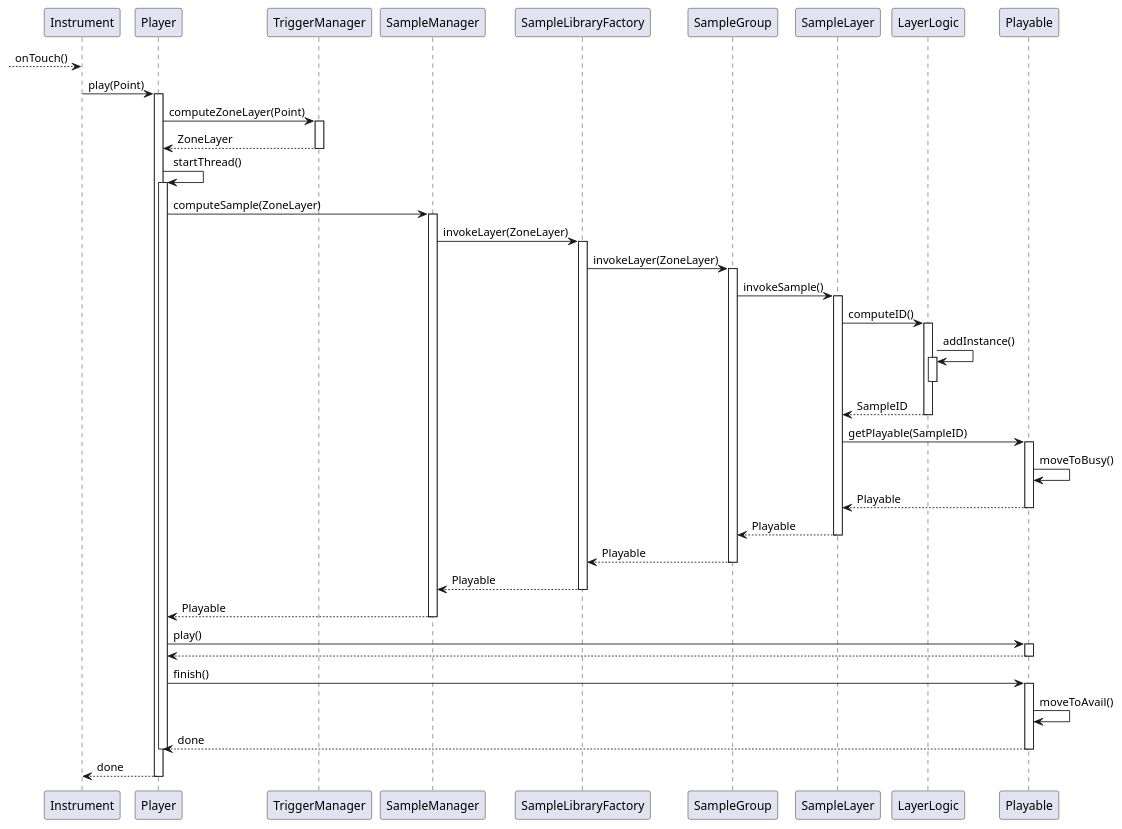
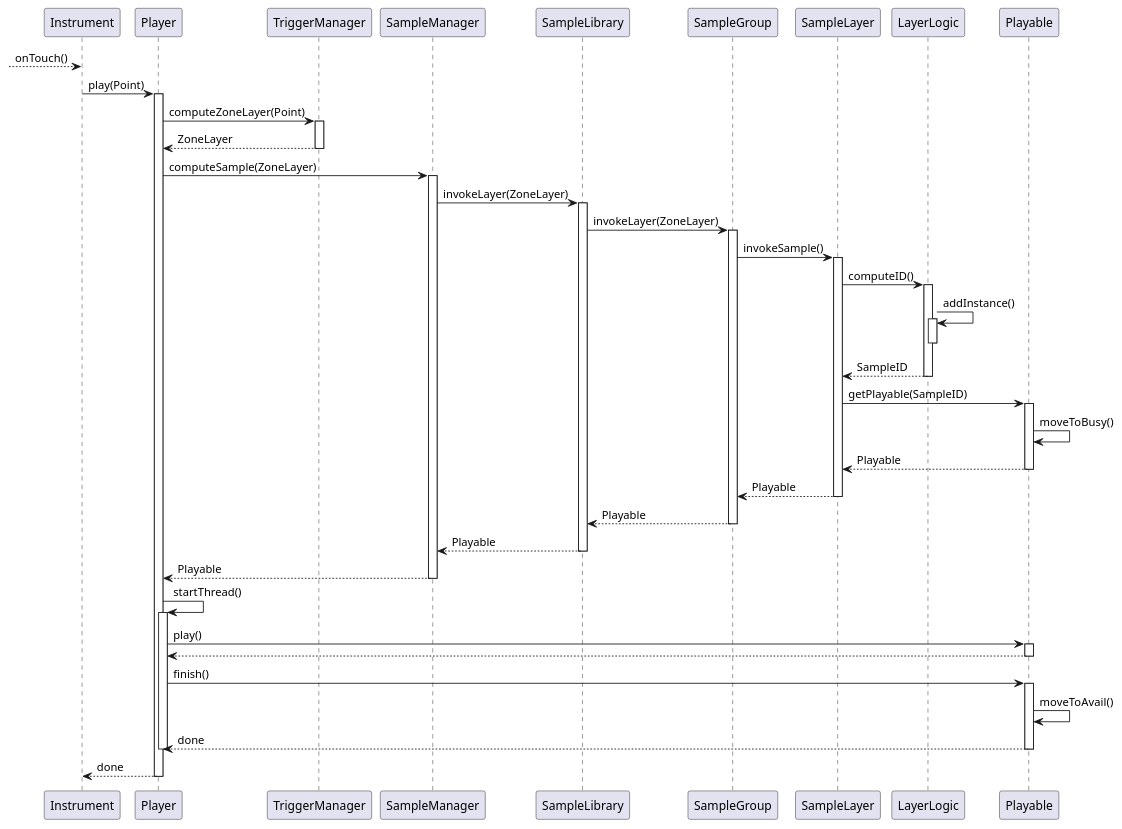
The diagram in app/Documentation/playSampleSequence.puml (tunepruner/FingerPerc), drawn with PlantUML before and after one commit. The commit also changed 26 other files, not shown here.

Commit message:
Finishes basics of both prepareSequences

```diff
--- a/app/Documentation/playSampleSequence.puml
+++ b/app/Documentation/playSampleSequence.puml
@@ -1,37 +1,37 @@
 @startuml
 -->Instrument: onTouch()
 
 
 Instrument->Player++: play(Point)
 Player->TriggerManager++: computeZoneLayer(Point)
 return ZoneLayer
-Player->Player++:startThread()
 
 
 Player->SampleManager++: computeSample(ZoneLayer)
-SampleManager->SampleLibraryFactory++: invokeLayer(ZoneLayer)
-SampleLibraryFactory->SampleGroup++: invokeLayer(ZoneLayer)
+SampleManager->SampleLibrary++: invokeLayer(ZoneLayer)
+SampleLibrary->SampleGroup++: invokeLayer(ZoneLayer)
 SampleGroup->SampleLayer++: invokeSample()
 SampleLayer->LayerLogic++:computeID()
 LayerLogic->LayerLogic++:addInstance()
 deactivate
 return SampleID
 SampleLayer->Playable++:getPlayable(SampleID)
 Playable->Playable:moveToBusy()
 
 
 return Playable
 return Playable
 return Playable
 return Playable
 return Playable
 
+Player->Player++:startThread()
 
 Player->Playable++: play()
 return
 Player->Playable++: finish()
 Playable->Playable: moveToAvail()
 return done
 deactivate
 return done
 @enduml
```
